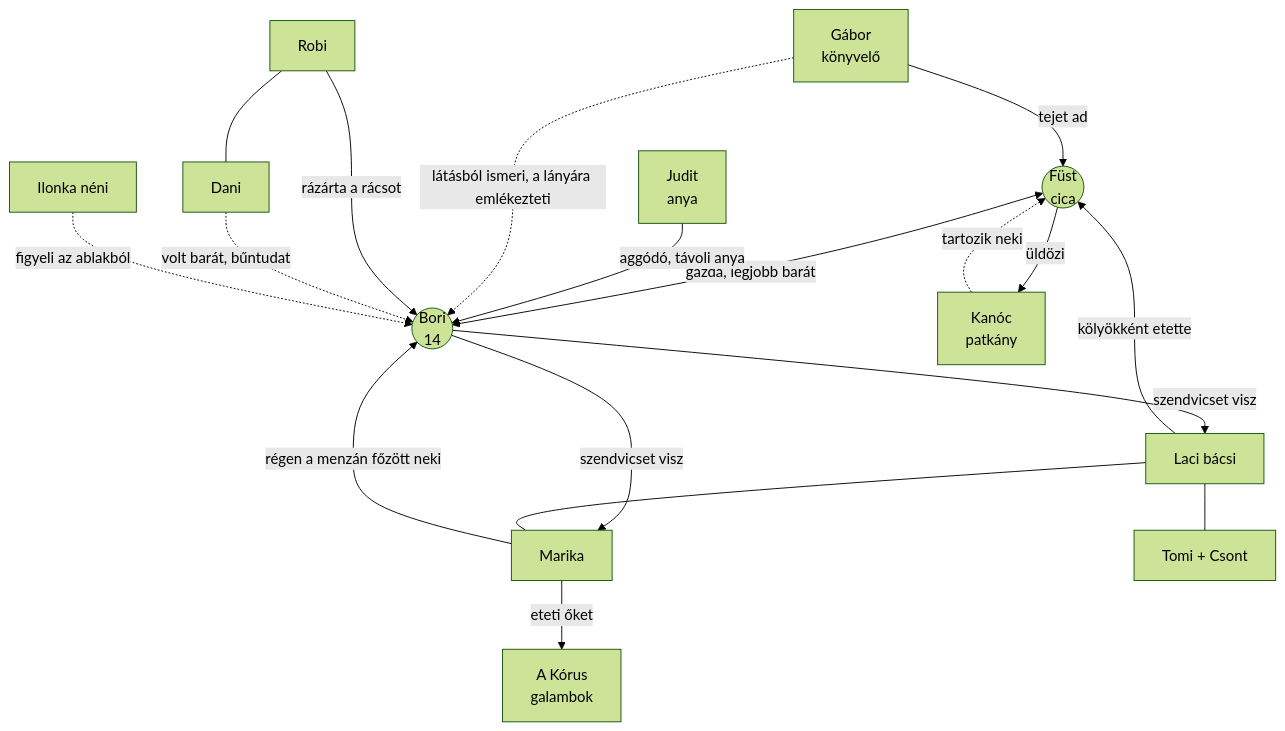
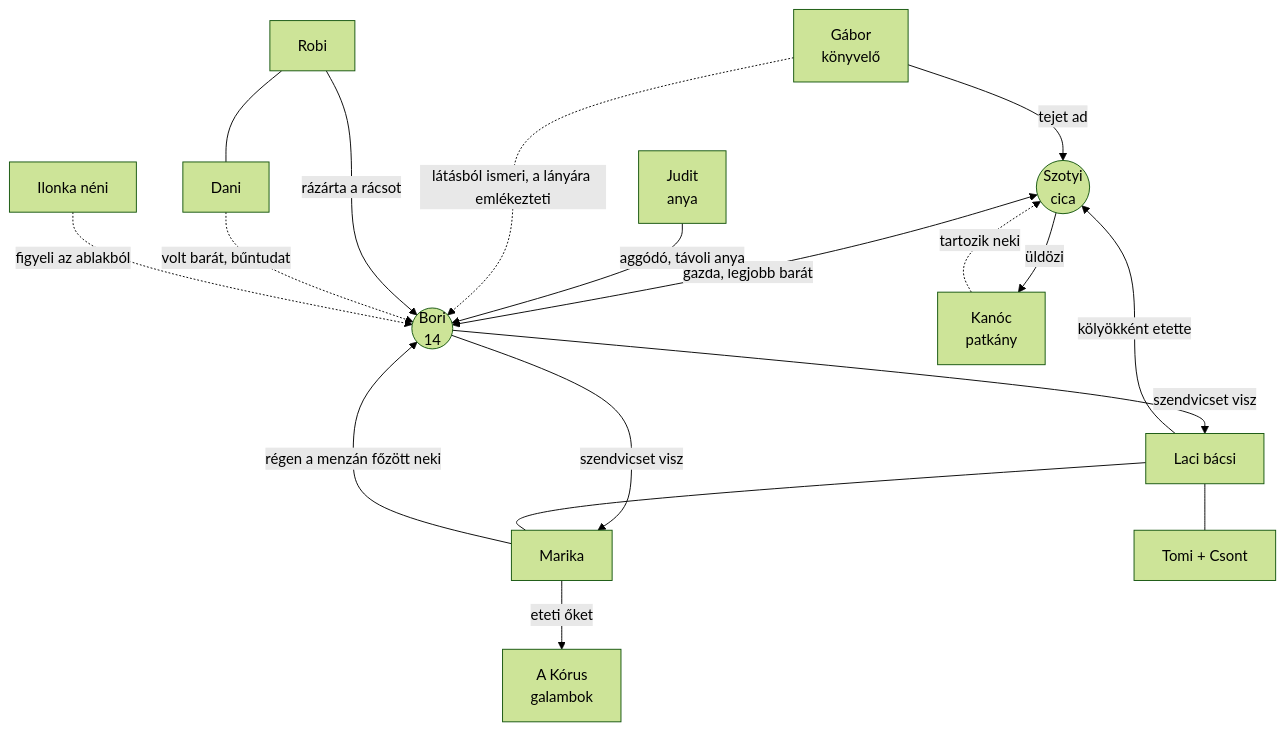
One commit to k0-ba/veronicat changed the diagram in docs/worldbuilding/KAPCSOLATOK.md. Above: the diagram before and after it, drawn with Mermaid (forest theme). The commit also changed other lines of this file and 15 other files, not shown here.

First line of the commit message:
Rename the cat from Füst to Szotyi

````diff
--- a/docs/worldbuilding/KAPCSOLATOK.md
+++ b/docs/worldbuilding/KAPCSOLATOK.md
@@ -5,33 +5,33 @@
 ```mermaid
 graph TD
-    Fust((Füst<br/>cica))
+    Szotyi((Szotyi<br/>cica))
     Bori((Bori<br/>14))
     Judit[Judit<br/>anya]
     Laci[Laci bácsi]
     Marika[Marika]
     Tomi[Tomi + Csont]
     Gabor[Gábor<br/>könyvelő]
     Kanoc[Kanóc<br/>patkány]
     Korus[A Kórus<br/>galambok]
     Robi[Robi]
     Dani[Dani]
     Ilonka[Ilonka néni]
 
-    Fust <-->|gazda, legjobb barát| Bori
+    Szotyi <-->|gazda, legjobb barát| Bori
     Judit -->|aggódó, távoli anya| Bori
-    Laci -->|kölyökként etette| Fust
+    Laci -->|kölyökként etette| Szotyi
     Bori -->|szendvicset visz| Marika
     Bori -->|szendvicset visz| Laci
     Marika -->|régen a menzán főzött neki| Bori
     Marika -->|eteti őket| Korus
     Laci --- Marika
     Laci --- Tomi
-    Gabor -->|tejet ad| Fust
+    Gabor -->|tejet ad| Szotyi
     Gabor -.->|látásból ismeri, a lányára emlékezteti| Bori
-    Fust -->|üldözi| Kanoc
-    Kanoc -.->|tartozik neki| Fust
+    Szotyi -->|üldözi| Kanoc
+    Kanoc -.->|tartozik neki| Szotyi
     Robi -->|rázárta a rácsot| Bori
     Dani -.->|volt barát, bűntudat| Bori
     Robi --- Dani
     Ilonka -.->|figyeli az ablakból| Bori
 ```
````
